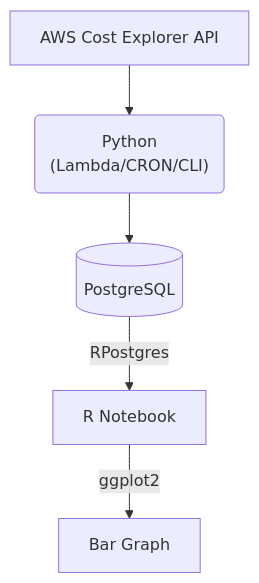
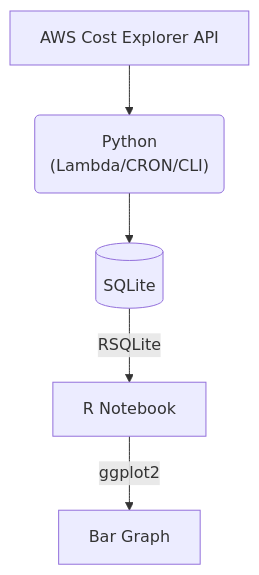
The diagram in awscosts/README.md (ovaisq/python), drawn with Mermaid before and after one commit. The commit also changed other lines of this file and 1 other file, not shown here.

Commit message:
add sqlite and refactor after years

````diff
--- a/awscosts/README.md
+++ b/awscosts/README.md
@@ -12,8 +12,8 @@
 ```mermaid
 flowchart TD
     A[AWS Cost Explorer API] --> B("Python 
     (Lambda/CRON/CLI)")
-    B --> C[(PostgreSQL)]
-    C -- RPostgres -->D[R Notebook]
+    B --> C[(SQLite)]
+    C -- RSQLite -->D[R Notebook]
     D -- ggplot2 --> E[Bar Graph]
 ```
````
